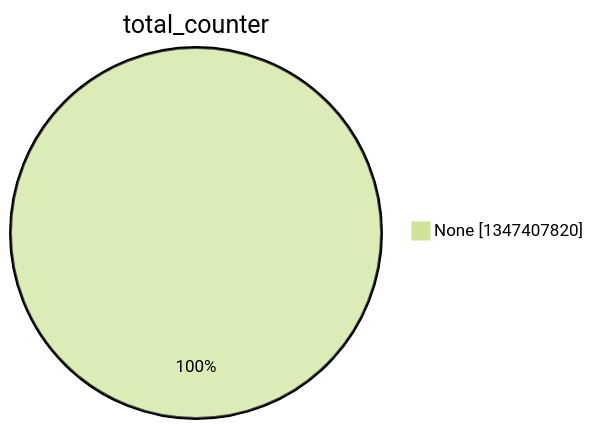
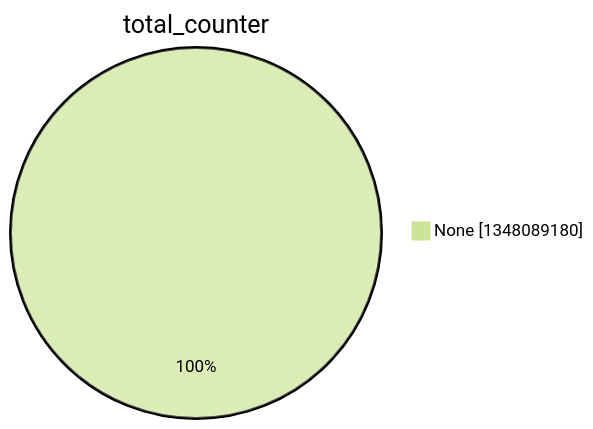
One commit to christiankrug/ctmonitor_visualization changed the second of 15 diagrams in argon2022/README.md. Above: the diagram before and after it, drawn with Mermaid (forest theme). The commit also changed other lines of this file, not shown here.

````diff
--- a/argon2022/README.md
+++ b/argon2022/README.md
@@ -9,5 +9,5 @@
 ```mermaid
 pie showData
 title total_counter
-"None" :1347407820
+"None" :1348089180
 ```
````
